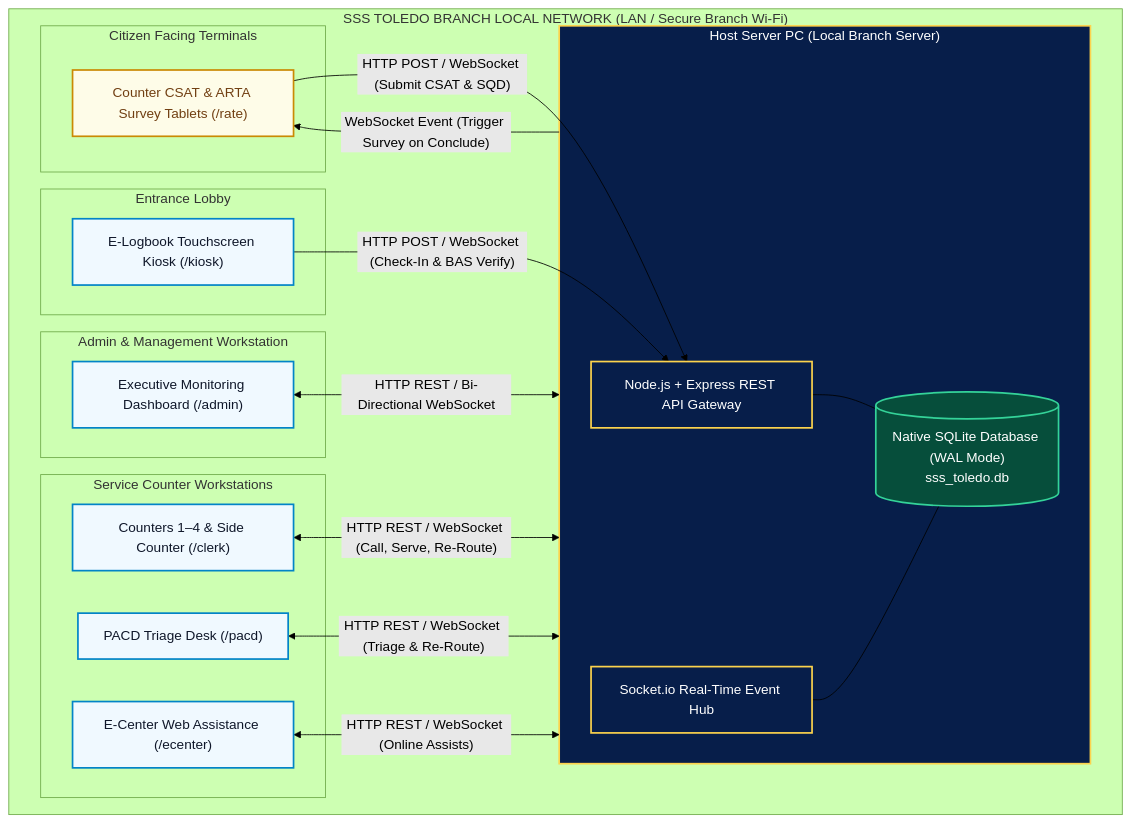
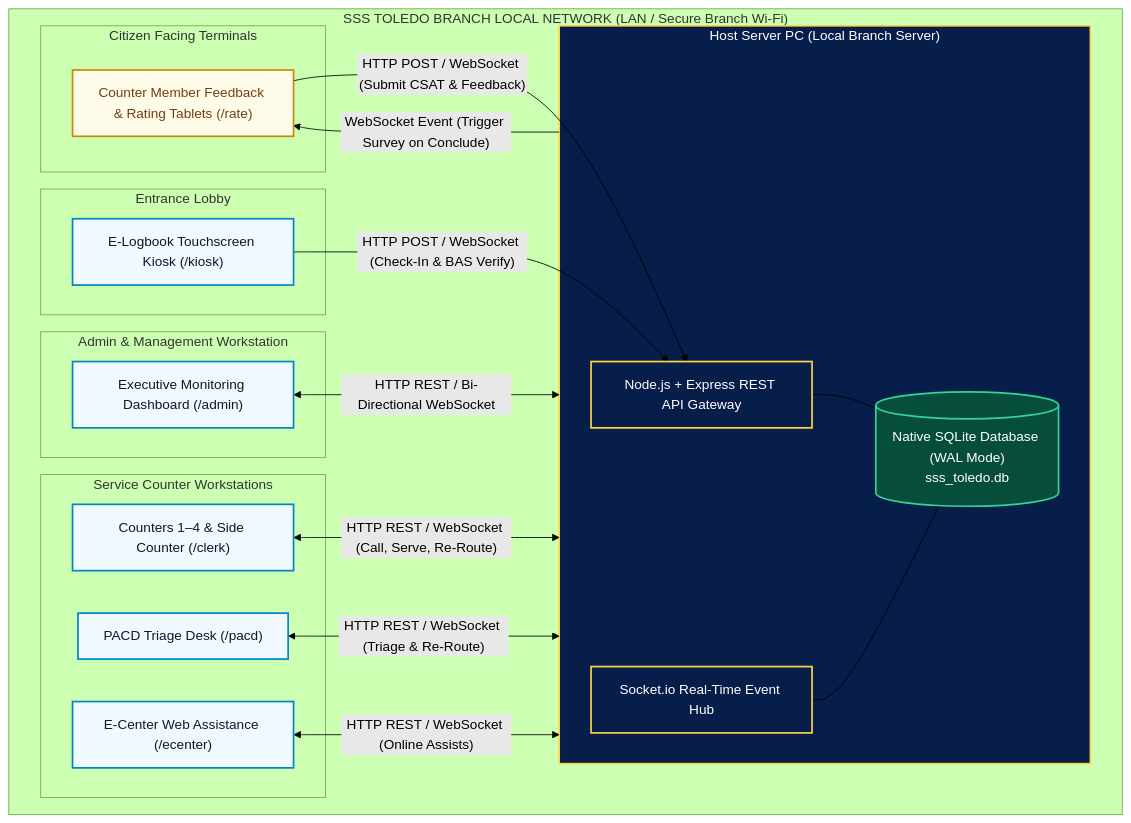
Before and after one commit to louisemargaretteursal/MONITORING: the diagram in SSS_Toledo_Project_Analysis_Paper.md, drawn with Mermaid (forest theme). The commit also changed other lines of this file, not shown here.

Commit message:
Update Project Analysis Paper to focus on Member Satisfaction Survey & Customer Feedback

````diff
--- a/SSS_Toledo_Project_Analysis_Paper.md
+++ b/SSS_Toledo_Project_Analysis_Paper.md
@@ -74,52 +74,52 @@
 ```mermaid
 flowchart TD
     %% Local Area Network Perimeter
     subgraph LAN ["SSS TOLEDO BRANCH LOCAL NETWORK (LAN / Secure Branch Wi-Fi)"]
         
         subgraph ServerNode ["Host Server PC (Local Branch Server)"]
             API["Node.js + Express REST API Gateway"]
             WS["Socket.io Real-Time Event Hub"]
             DB[("Native SQLite Database (WAL Mode)<br/>sss_toledo.db")]
             API --- DB
             WS --- DB
         end
 
         subgraph AdminNode ["Admin & Management Workstation"]
             AdminUI["Executive Monitoring Dashboard (/admin)"]
         end
 
         subgraph KioskNode ["Entrance Lobby"]
             KioskUI["E-Logbook Touchscreen Kiosk (/kiosk)"]
         end
 
         subgraph CounterNodes ["Service Counter Workstations"]
             ClerkUI["Counters 1–4 & Side Counter (/clerk)"]
             PACDUI["PACD Triage Desk (/pacd)"]
             ECenterUI["E-Center Web Assistance (/ecenter)"]
         end
 
         subgraph TabletNodes ["Citizen Facing Terminals"]
-            RateUI["Counter CSAT & ARTA Survey Tablets (/rate)"]
+            RateUI["Counter Member Feedback & Rating Tablets (/rate)"]
         end
 
         %% Communications
         KioskUI -->|"HTTP POST / WebSocket (Check-In & BAS Verify)"| API
         AdminUI <-->|"HTTP REST / Bi-Directional WebSocket"| ServerNode
         ClerkUI <-->|"HTTP REST / WebSocket (Call, Serve, Re-Route)"| ServerNode
         PACDUI <-->|"HTTP REST / WebSocket (Triage & Re-Route)"| ServerNode
         ECenterUI <-->|"HTTP REST / WebSocket (Online Assists)"| ServerNode
         ServerNode -->|"WebSocket Event (Trigger Survey on Conclude)"| RateUI
-        RateUI -->|"HTTP POST / WebSocket (Submit CSAT & SQD)"| API
+        RateUI -->|"HTTP POST / WebSocket (Submit CSAT & Feedback)"| API
     end
 
     %% Styling
     classDef server fill:#071e4a,stroke:#fcd34d,stroke-width:2px,color:#ffffff;
     classDef client fill:#f0f9ff,stroke:#0284c7,stroke-width:2px,color:#0f172a;
     classDef tablet fill:#fefce8,stroke:#ca8a04,stroke-width:2px,color:#713f12;
     classDef db fill:#064e3b,stroke:#34d399,stroke-width:2px,color:#ffffff;
 
     class ServerNode,API,WS server;
     class DB db;
     class AdminUI,KioskUI,ClerkUI,PACDUI,ECenterUI client;
     class RateUI tablet;
 ```
````
